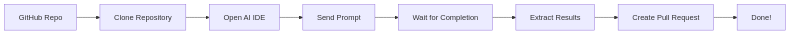
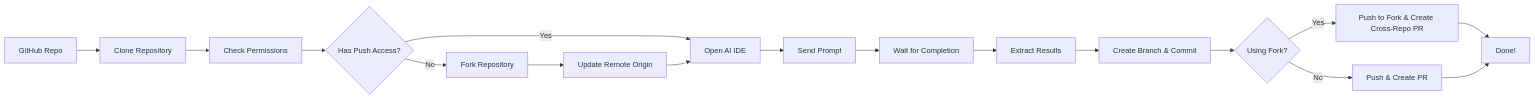
The diagram in README.md (saharmor/simulatedev), drawn with Mermaid before and after one commit. The commit also changed other lines of this file and 4 other files, not shown here.

````diff
--- a/README.md
+++ b/README.md
@@ -18,10 +18,19 @@
 ```mermaid
 graph LR
     A[GitHub Repo] --> B[Clone Repository]
-    B --> C[Open AI IDE]
-    C --> D[Send Prompt]
-    D --> E[Wait for Completion]
-    E --> F[Extract Results]
-    F --> G[Create Pull Request]
-    G --> H[Done!]
+    B --> C[Check Permissions]
+    C --> D{Has Push Access?}
+    D -->|Yes| E[Open AI IDE]
+    D -->|No| F[Fork Repository]
+    F --> G[Update Remote Origin]
+    G --> E[Open AI IDE]
+    E --> H[Send Prompt]
+    H --> I[Wait for Completion]
+    I --> J[Extract Results]
+    J --> K[Create Branch & Commit]
+    K --> L{Using Fork?}
+    L -->|Yes| M[Push to Fork & Create Cross-Repo PR]
+    L -->|No| N[Push & Create PR]
+    M --> O[Done!]
+    N --> O[Done!]
 ```
````
